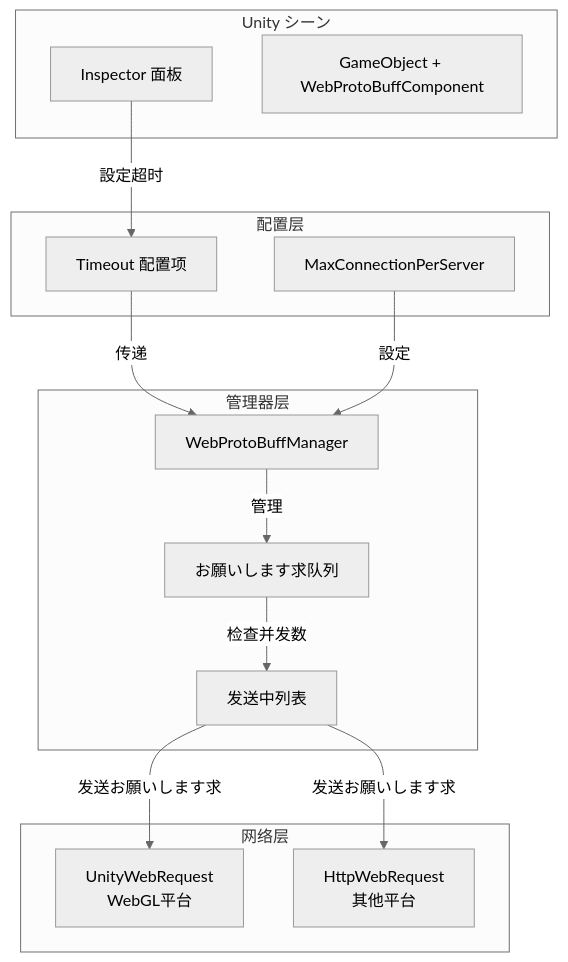
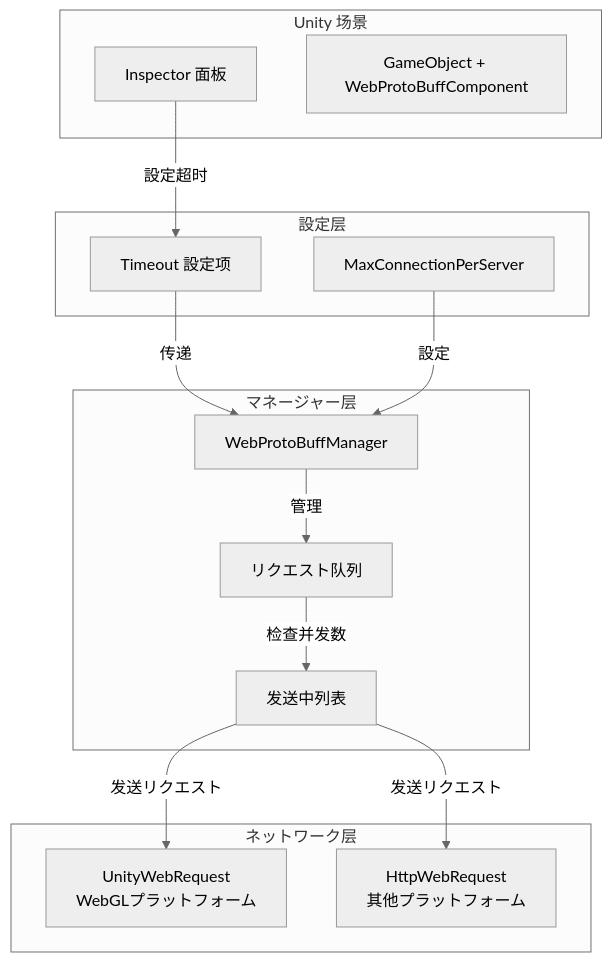
Before and after one commit to AlianBlank/GameFrameX.Docs: the diagram in docs/ja/client/unity/component/web-protobuff/07.component-config.md, drawn with Mermaid (neutral theme). The commit also changed other lines of this file and 320 other files, not shown here.

````diff
--- a/docs/ja/client/unity/component/web-protobuff/07.component-config.md
+++ b/docs/ja/client/unity/component/web-protobuff/07.component-config.md
@@ -127,31 +127,31 @@
 ```mermaid
 flowchart TD
-    subgraph Unity["Unity シーン"]
+    subgraph Unity["Unity 场景"]
         Inspector[Inspector 面板]
         GameObject[GameObject + WebProtoBuffComponent]
     end
     
-    subgraph Config["配置层"]
-        Timeout[Timeout 配置项]
+    subgraph Config["設定层"]
+        Timeout[Timeout 設定项]
         MaxConn[MaxConnectionPerServer]
     end
     
-    subgraph Manager["管理器层"]
+    subgraph Manager["マネージャー层"]
         WebProtoBuffManager[WebProtoBuffManager]
-        RequestQueue[お願いします求队列]
+        RequestQueue[リクエスト队列]
         SendingList[发送中列表]
     end
     
-    subgraph Network["网络层"]
-        WebGL[UnityWebRequest<br/>WebGL平台]
-        HttpWebRequest[HttpWebRequest<br/>其他平台]
+    subgraph Network["ネットワーク层"]
+        WebGL[UnityWebRequest<br/>WebGLプラットフォーム]
+        HttpWebRequest[HttpWebRequest<br/>其他プラットフォーム]
     end
     
     Inspector -->|設定超时| Timeout
     Timeout -->|传递| WebProtoBuffManager
     MaxConn -->|設定| WebProtoBuffManager
     WebProtoBuffManager -->|管理| RequestQueue
     RequestQueue -->|检查并发数| SendingList
-    SendingList -->|发送お願いします求| WebGL
-    SendingList -->|发送お願いします求| HttpWebRequest
+    SendingList -->|发送リクエスト| WebGL
+    SendingList -->|发送リクエスト| HttpWebRequest
 ```
````
